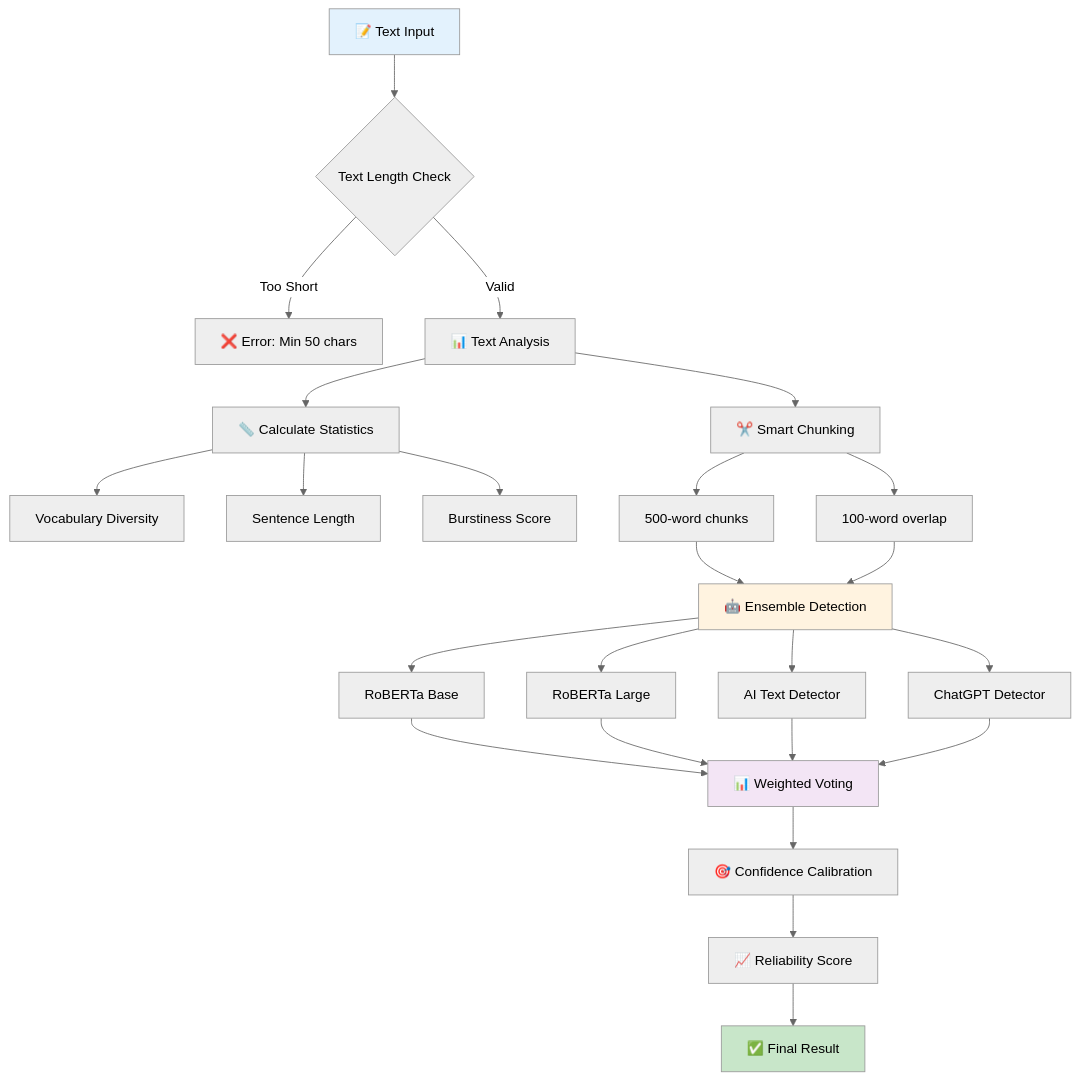
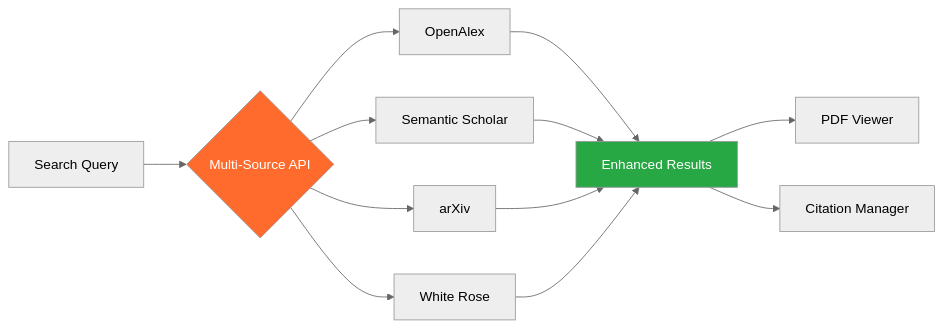
The second of 6 diagrams in README.md (Kedhareswer/thesisflow-ai), drawn with Mermaid (neutral theme) before and after one commit. The commit also changed other lines of this file and 1 other file, not shown here.

````diff
--- a/README.md
+++ b/README.md
@@ -220,38 +76,17 @@
 ```mermaid
-flowchart TD
-    A[📝 Text Input] --> B{Text Length Check}
-    B -->|Too Short| C[❌ Error: Min 50 chars]
-    B -->|Valid| D[📊 Text Analysis]
+flowchart LR
+    A[Search Query] --> B{Multi-Source API}
+    B --> C[OpenAlex]
+    B --> D[Semantic Scholar]
+    B --> E[arXiv]
+    B --> F[White Rose]
+    C --> G[Enhanced Results]
+    D --> G
+    E --> G
+    F --> G
+    G --> H[PDF Viewer]
+    G --> I[Citation Manager]
     
-    D --> E[📏 Calculate Statistics]
-    D --> F[✂️ Smart Chunking]
-    
-    E --> G[Vocabulary Diversity]
-    E --> H[Sentence Length]
-    E --> I[Burstiness Score]
-    
-    F --> J[500-word chunks]
-    F --> K[100-word overlap]
-    
-    J --> L[🤖 Ensemble Detection]
-    K --> L
-    
-    L --> M[RoBERTa Base]
-    L --> N[RoBERTa Large] 
-    L --> O[AI Text Detector]
-    L --> P[ChatGPT Detector]
-    
-    M --> Q[📊 Weighted Voting]
-    N --> Q
-    O --> Q
-    P --> Q
-    
-    Q --> R[🎯 Confidence Calibration]
-    R --> S[📈 Reliability Score]
-    S --> T[✅ Final Result]
-    
-    style A fill:#e3f2fd
-    style T fill:#c8e6c9
-    style L fill:#fff3e0
-    style Q fill:#f3e5f5
+    style B fill:#FF6B2C,color:#fff
+    style G fill:#28a745,color:#fff
 ```
````
